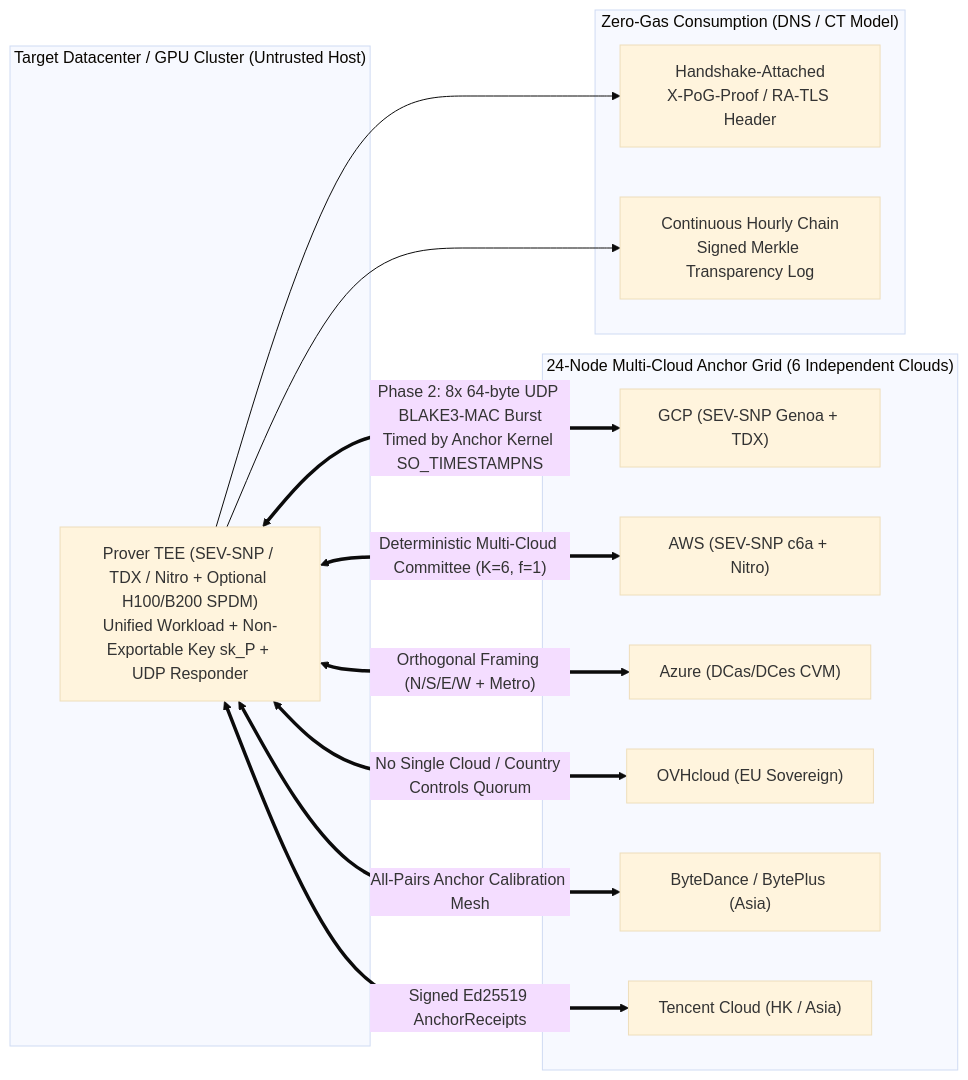
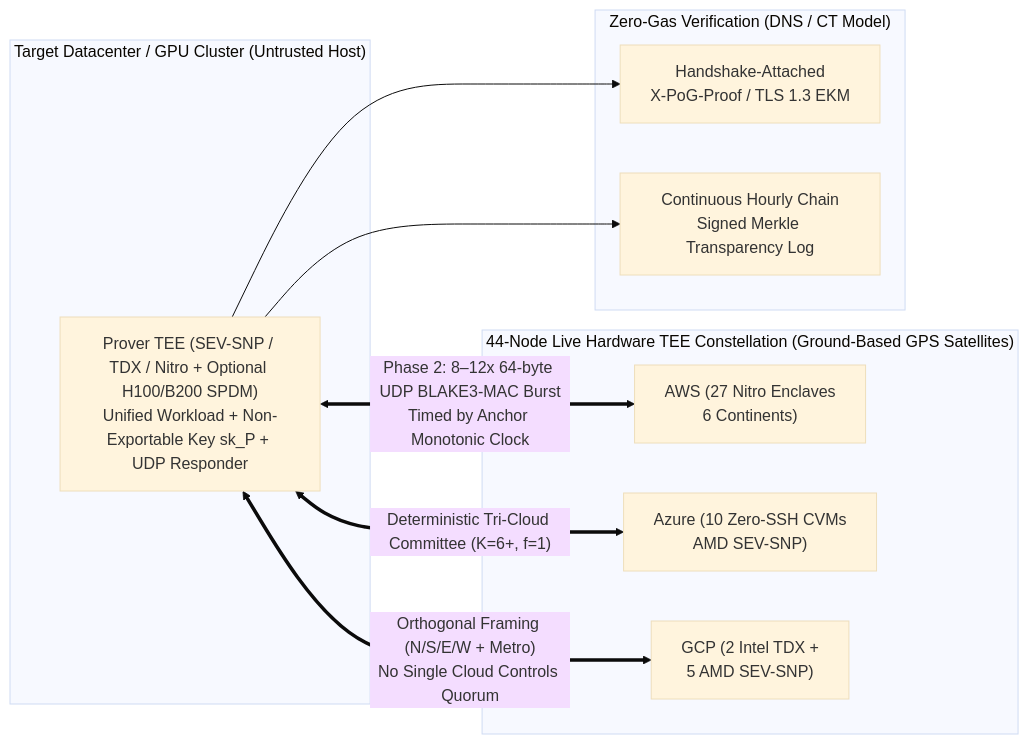
One commit to jperla/proof-of-geography changed the diagram in README.md. Above: the diagram before and after it, drawn with Mermaid (base theme). The commit also changed other lines of this file and 12 other files, not shown here.

Commit message:
Promote 44-node 100% Hardware TEE Constellation, attach AMD KDS VCEK chains, retire 28 dev VMs, and refresh GPS Constellation framing

````diff
--- a/README.md
+++ b/README.md
@@ -62,30 +97,24 @@
 ```mermaid
 flowchart LR
     subgraph Prover["Target Datacenter / GPU Cluster (Untrusted Host)"]
         TEE["Prover TEE (SEV-SNP / TDX / Nitro + Optional H100/B200 SPDM)<br/>Unified Workload + Non-Exportable Key sk_P + UDP Responder"]
     end
 
-    subgraph Anchors["24-Node Multi-Cloud Anchor Grid (6 Independent Clouds)"]
-        GCP["GCP (SEV-SNP Genoa + TDX)"]
-        AWS["AWS (SEV-SNP c6a + Nitro)"]
-        AZ["Azure (DCas/DCes CVM)"]
-        OVH["OVHcloud (EU Sovereign)"]
-        BD["ByteDance / BytePlus (Asia)"]
-        TC["Tencent Cloud (HK / Asia)"]
+    subgraph Constellation["44-Node Live Hardware TEE Constellation (Ground-Based GPS Satellites)"]
+        AWS["AWS (27 Nitro Enclaves<br/>6 Continents)"]
+        AZ["Azure (10 Zero-SSH CVMs<br/>AMD SEV-SNP)"]
+        GCP["GCP (2 Intel TDX +<br/>5 AMD SEV-SNP)"]
     end
 
-    subgraph Verify["Zero-Gas Consumption (DNS / CT Model)"]
-        HDR["Handshake-Attached<br/>X-PoG-Proof / RA-TLS Header"]
+    subgraph Verify["Zero-Gas Verification (DNS / CT Model)"]
+        HDR["Handshake-Attached<br/>X-PoG-Proof / TLS 1.3 EKM"]
         LOG["Continuous Hourly Chain<br/>Signed Merkle Transparency Log"]
     end
 
-    TEE <== "Phase 2: 8x 64-byte UDP BLAKE3-MAC Burst<br/>Timed by Anchor Kernel SO_TIMESTAMPNS" ==> GCP
-    TEE <== "Deterministic Multi-Cloud Committee (K=6, f=1)" ==> AWS
-    TEE <== "Orthogonal Framing (N/S/E/W + Metro)" ==> AZ
-    TEE <== "No Single Cloud / Country Controls Quorum" ==> OVH
-    TEE <== "All-Pairs Anchor Calibration Mesh" ==> BD
-    TEE <== "Signed Ed25519 AnchorReceipts" ==> TC
+    TEE <== "Phase 2: 8–12x 64-byte UDP BLAKE3-MAC Burst<br/>Timed by Anchor Monotonic Clock" ==> AWS
+    TEE <== "Deterministic Tri-Cloud Committee (K=6+, f=1)" ==> AZ
+    TEE <== "Orthogonal Framing (N/S/E/W + Metro)<br/>No Single Cloud Controls Quorum" ==> GCP
 
     TEE --> HDR
     TEE --> LOG
 ```
````
